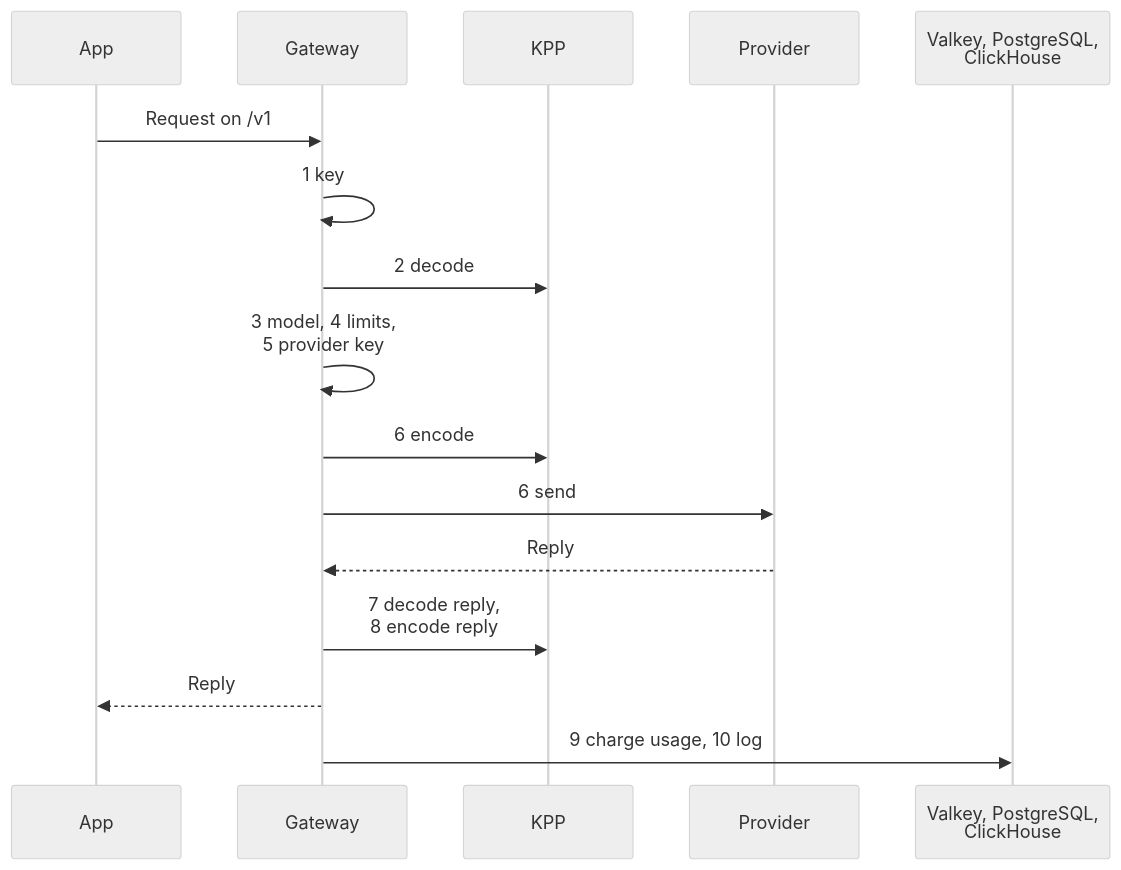
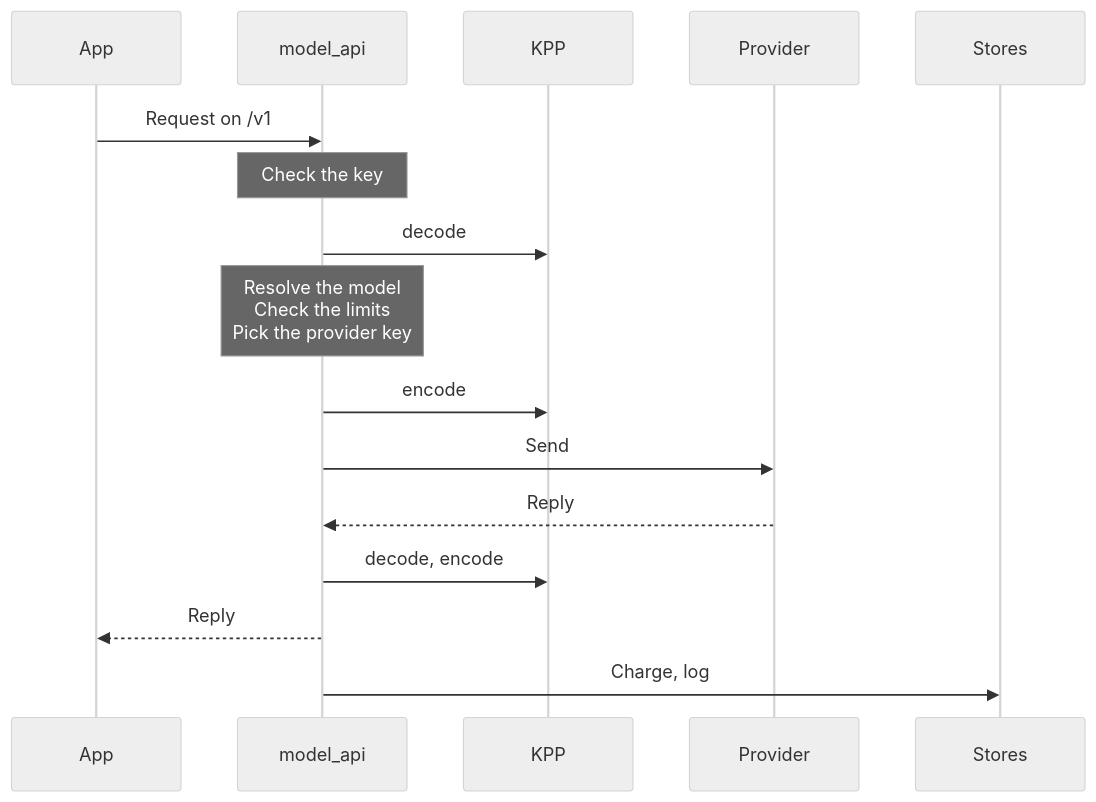
One commit to logicplanes/kaeso changed the diagram in apps/docs/content/en/development/architecture/gateway.md. Above: the diagram before and after it, drawn with Mermaid (neutral theme). The commit also changed 89 other files, not shown here.

First line of the commit message:
Redraw the development pages' diagrams around what a contributor changes

````diff
--- a/apps/docs/content/en/development/architecture/gateway.md
+++ b/apps/docs/content/en/development/architecture/gateway.md
@@ -13,20 +13,20 @@
 ```mermaid
 sequenceDiagram
   accTitle: The model API's request path
-  accDescr: The gateway checks the key, decodes the request with KPP, resolves the model, checks the limits, picks the provider key, encodes the request with KPP and sends it. It decodes the reply and encodes it for the app with KPP, then charges usage in Valkey and PostgreSQL and logs the request in ClickHouse.
+  accDescr: The model API checks the key, decodes the request with KPP, resolves the model, checks the limits, picks the provider key, encodes the request with KPP and sends it. It decodes the reply and encodes it for the app with KPP, replies, and then charges usage in Valkey and PostgreSQL and logs the request in ClickHouse.
   participant App
-  participant Gateway
+  participant Gateway as model_api
   participant KPP
   participant Provider
-  participant Stores as Valkey, PostgreSQL,<br>ClickHouse
+  participant Stores
   App->>Gateway: Request on /v1
-  Gateway->>Gateway: 1 key
-  Gateway->>KPP: 2 decode
-  Gateway->>Gateway: 3 model, 4 limits,<br>5 provider key
-  Gateway->>KPP: 6 encode
-  Gateway->>Provider: 6 send
+  Note over Gateway: Check the key
+  Gateway->>KPP: decode
+  Note over Gateway: Resolve the model<br>Check the limits<br>Pick the provider key
+  Gateway->>KPP: encode
+  Gateway->>Provider: Send
   Provider-->>Gateway: Reply
-  Gateway->>KPP: 7 decode reply,<br>8 encode reply
+  Gateway->>KPP: decode, encode
   Gateway-->>App: Reply
-  Gateway->>Stores: 9 charge usage, 10 log
+  Gateway->>Stores: Charge, log
 ```
````
